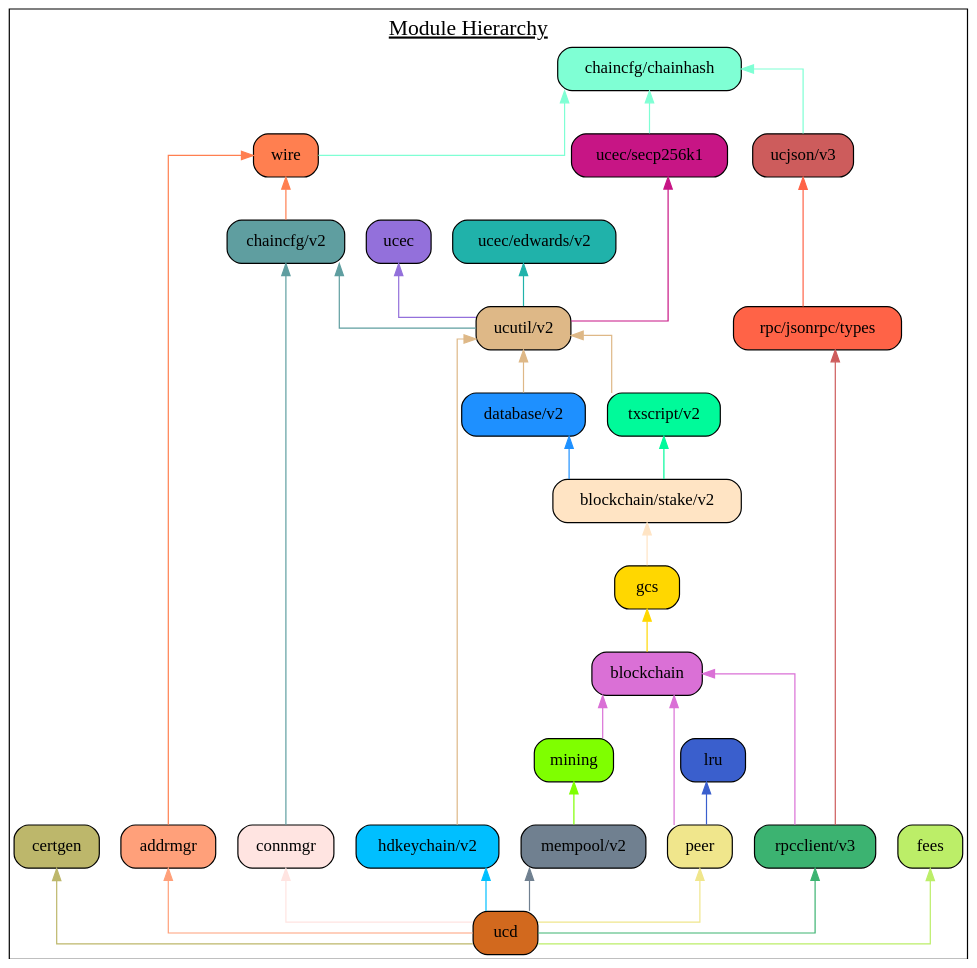
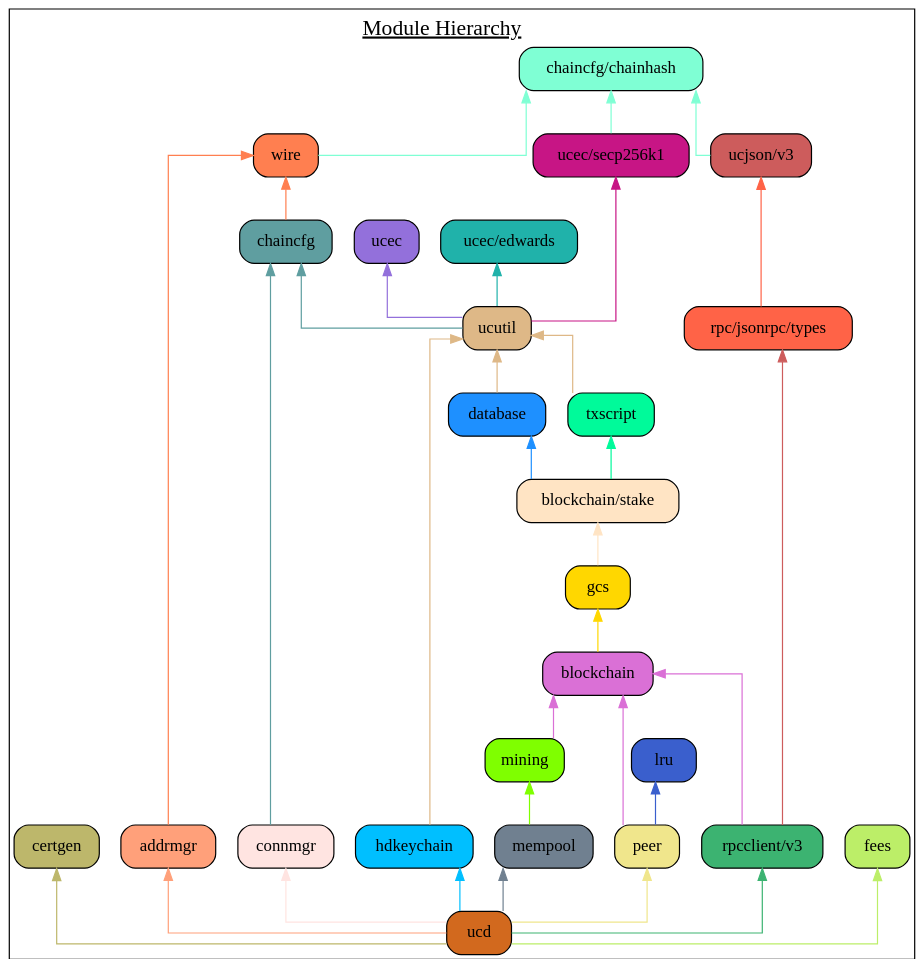
Before and after one commit to UtopiaCoinOrg/ucd: the diagram in docs/assets/module_hierarchy.gv, drawn with Graphviz. The commit also changed 42 other files, not shown here.

```diff
--- a/docs/assets/module_hierarchy.gv
+++ b/docs/assets/module_hierarchy.gv
@@ -1,67 +1,67 @@
 digraph {
 	graph [splines=ortho colorscheme=svg label=<<u>Module Hierarchy</u>> labelloc=t fontsize=18.0]
 	node [shape=box style="filled, rounded"]
 
 	certgen [label="certgen" fillcolor=darkkhaki]
 	chainhash [label="chaincfg/chainhash" fillcolor=aquamarine]
 	ucjson [label="ucjson/v3" fillcolor=indianred]
 	types [label="rpc/jsonrpc/types" fillcolor=tomato]
 	wire [label="wire" fillcolor=coral]
 	addrmgr [label="addrmgr" fillcolor=lightsalmon]
-	chaincfg [label="chaincfg/v2" fillcolor=cadetblue]
+	chaincfg [label="chaincfg" fillcolor=cadetblue]
 	connmgr [label="connmgr" fillcolor=mistyrose]
 	ucec [label="ucec" fillcolor=mediumpurple]
-	edwards [label="ucec/edwards/v2" fillcolor=lightseagreen]
+	edwards [label="ucec/edwards" fillcolor=lightseagreen]
 	secp256k1 [label="ucec/secp256k1" fillcolor=mediumvioletred]
-	ucutil [label="ucutil/v2" fillcolor=burlywood]
-	database [label="database/v2" fillcolor=dodgerblue]
-	hdkeychain [label="hdkeychain/v2" fillcolor=deepskyblue]
-	txscript [label="txscript/v2" fillcolor=mediumspringgreen]
-	stake [label="blockchain/stake/v2" fillcolor=bisque]
+	ucutil [label="ucutil" fillcolor=burlywood]
+	database [label="database" fillcolor=dodgerblue]
+	hdkeychain [label="hdkeychain" fillcolor=deepskyblue]
+	txscript [label="txscript" fillcolor=mediumspringgreen]
+	stake [label="blockchain/stake" fillcolor=bisque]
 	gcs [label="gcs" fillcolor=gold]
 	blockchain [label="blockchain" fillcolor=orchid]
-	mempool [label="mempool/v2" fillcolor=slategray]
+	mempool [label="mempool" fillcolor=slategray]
 	mining [label="mining" fillcolor=chartreuse]
 	lru  [label="lru" fillcolor=royalblue3]
 	peer [label="peer" fillcolor=khaki]
 	rpcclient [label="rpcclient/v3" fillcolor=mediumseagreen]
 	fees [label="fees" fillcolor=darkolivegreen2]
 	ucd [label="ucd" fillcolor=chocolate]
 
 	{rank=same connmgr addrmgr hdkeychain peer rpcclient mempool}
 
 	certgen
 	chainhash -> ucjson [dir=back color=aquamarine]
 	chainhash -> wire [dir=back color=aquamarine]
 	wire -> addrmgr [dir=back color=coral]
 	wire -> chaincfg [dir=back color=coral]
 	chaincfg -> connmgr [dir=back color=cadetblue]
 	chainhash -> secp256k1 [dir=back color=aquamarine]
 	chaincfg -> ucutil [dir=back color=cadetblue]
 	ucec -> ucutil [dir=back color=mediumpurple]
 	edwards ->  ucutil [dir=back color=lightseagreen]
 	secp256k1 ->  ucutil [dir=back color=mediumvioletred]
 	ucutil -> database [dir=back color=burlywood]
 	ucutil -> hdkeychain [dir=back color=burlywood]
 	ucutil -> txscript [dir=back color=burlywood]
 	database ->  stake [dir=back color=dodgerblue]
 	txscript -> stake [dir=back color=mediumspringgreen]
 	stake -> gcs [dir=back color=bisque]
 	gcs -> blockchain [dir=back color=gold]
 	blockchain -> mining [dir=back color=orchid]
 	mining -> mempool [dir=back color=chartreuse]
 	lru -> peer [dir=back color=royalblue3]
 	blockchain -> peer [dir=back color=orchid]
 	blockchain -> rpcclient [dir=back color=orchid]
 	ucjson -> types [dir=back color=tomato]
 	types -> rpcclient [dir=back color=indianred]
 
 	fees -> ucd [dir=back color=darkolivegreen2]
 	mempool -> ucd [dir=back color=slategray]
 	certgen -> ucd [dir=back color=darkkhaki]
 	addrmgr -> ucd [dir=back color=lightsalmon]
 	hdkeychain -> ucd [dir=back color=deepskyblue]
 	connmgr -> ucd [dir=back color=mistyrose]
 	rpcclient -> ucd [dir=back color=mediumseagreen]
 	peer -> ucd [dir=back color=khaki]
 }
```
